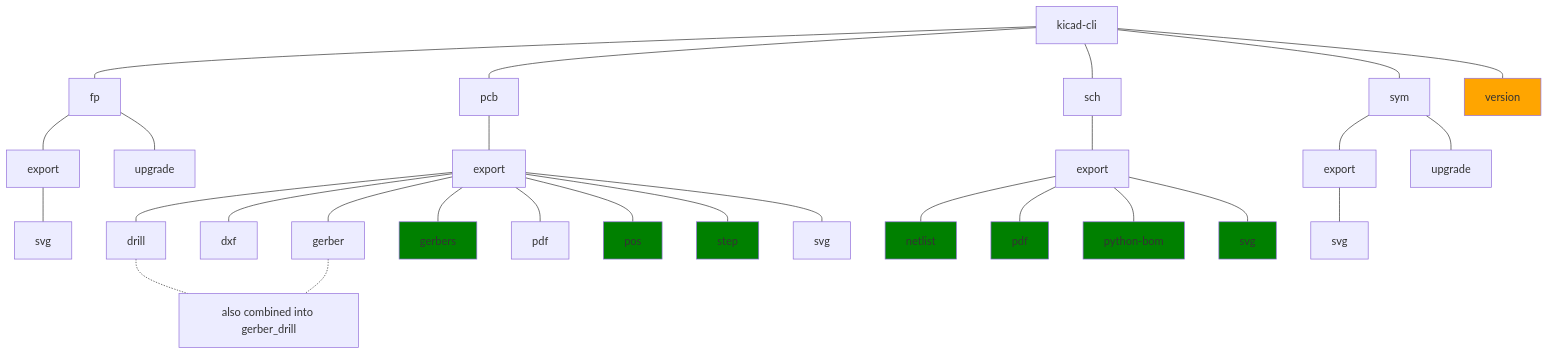
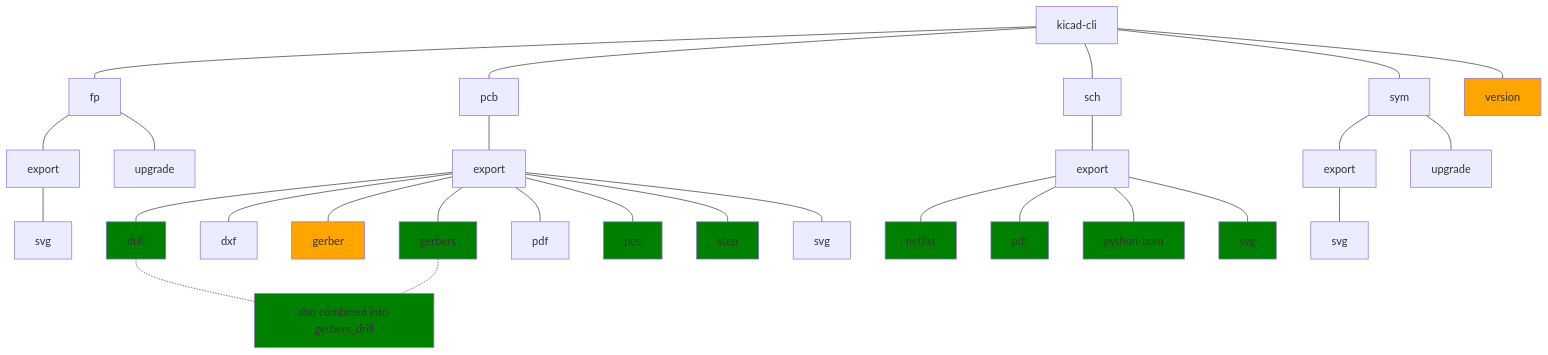
The first of 2 diagrams in README.md (actions-for-kicad/generate-kicad-files), drawn with Mermaid before and after one commit. The commit also changed 4 other files, not shown here.

Commit message:
Added drill and gerber drill

````diff
--- a/README.md
+++ b/README.md
@@ -5,58 +5,61 @@
 ```mermaid
 flowchart TD;
     main[kicad-cli]
     
     sub1[fp]
     sub1-1[export]
     sub1-1-1[svg]
     sub1-2[upgrade]
     
     sub2[pcb]
     sub2-1[export]
     sub2-1-1[drill]
     sub2-1-2[dxf]
     sub2-1-3[gerber]
     sub2-1-4[gerbers]
     sub2-1-5[pdf]
     sub2-1-6[pos]
     sub2-1-7[step]
     sub2-1-8[svg]
     
     sub3[sch]
     sub3-1[export]
     sub3-1-1[netlist]
     sub3-1-2[pdf]
     sub3-1-3[python-bom]
     sub3-1-4[svg]
     
     sub4[sym]
     sub4-1[export]
     sub4-1-1[svg]
     sub4-2[upgrade]
 
     sub5[version]
 
+    style sub2-1-1 fill:green
+    style sub2-1-3 fill:orange
     style sub2-1-4 fill:green
     style sub2-1-6 fill:green
     style sub2-1-7 fill:green
+    style gerber_drill fill:green
 
     style sub3-1-1 fill:green
     style sub3-1-2 fill:green
     style sub3-1-3 fill:green
     style sub3-1-4 fill:green
     style sub5 fill:orange
 
     main --- sub1 & sub2 & sub3 & sub4 & sub5
     
     sub1 --- sub1-1 & sub1-2
     sub1-1 --- sub1-1-1
     
     sub2 --- sub2-1 --- sub2-1-1 & sub2-1-2 & sub2-1-3 & sub2-1-4 & sub2-1-5 & sub2-1-6 & sub2-1-7 & sub2-1-8
 
-    sub2-1-1 & sub2-1-3 -.- gerber_drill["also combined into gerber_drill"]
+    sub2-1-1 & sub2-1-4 -.- gerber_drill["also combined into gerbers_drill"]
 
     sub3 --- sub3-1 --- sub3-1-1 & sub3-1-2 & sub3-1-3 & sub3-1-4
 
     sub4 --- sub4-1 & sub4-2
     sub4-1 --- sub4-1-1
 ```
````
